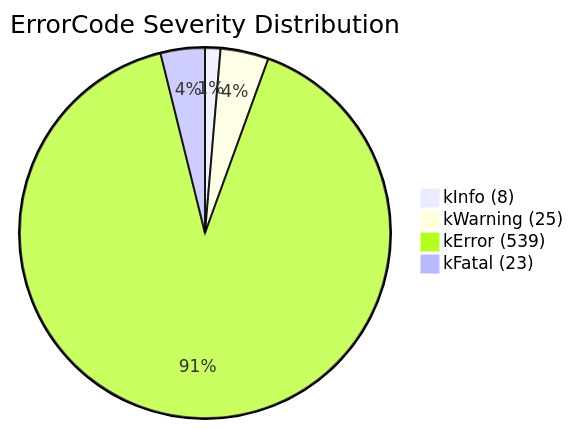
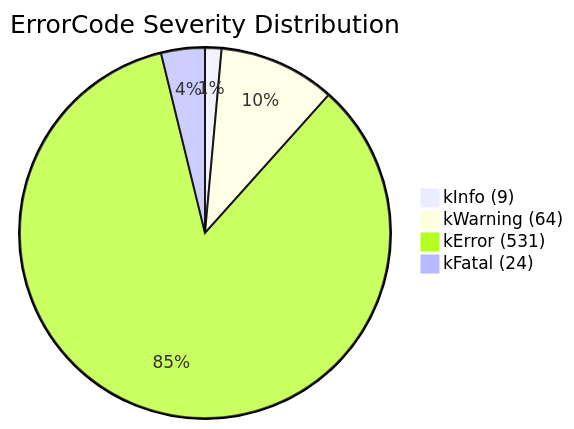
The third of 8 diagrams in docs/DIAGNOSTICS_ERROR_SYSTEM.md (HyacinthHaru/openppp2), drawn with Mermaid before and after one commit. The commit also changed other lines of this file and 80 other files, not shown here.

````diff
--- a/docs/DIAGNOSTICS_ERROR_SYSTEM.md
+++ b/docs/DIAGNOSTICS_ERROR_SYSTEM.md
@@ -214,7 +216,7 @@
 ```mermaid
 pie title ErrorCode Severity Distribution
-    "kInfo (8)" : 8
-    "kWarning (25)" : 25
-    "kError (539)" : 539
-    "kFatal (23)" : 23
+    "kInfo (9)" : 9
+    "kWarning (64)" : 64
+    "kError (531)" : 531
+    "kFatal (24)" : 24
 ```
````
